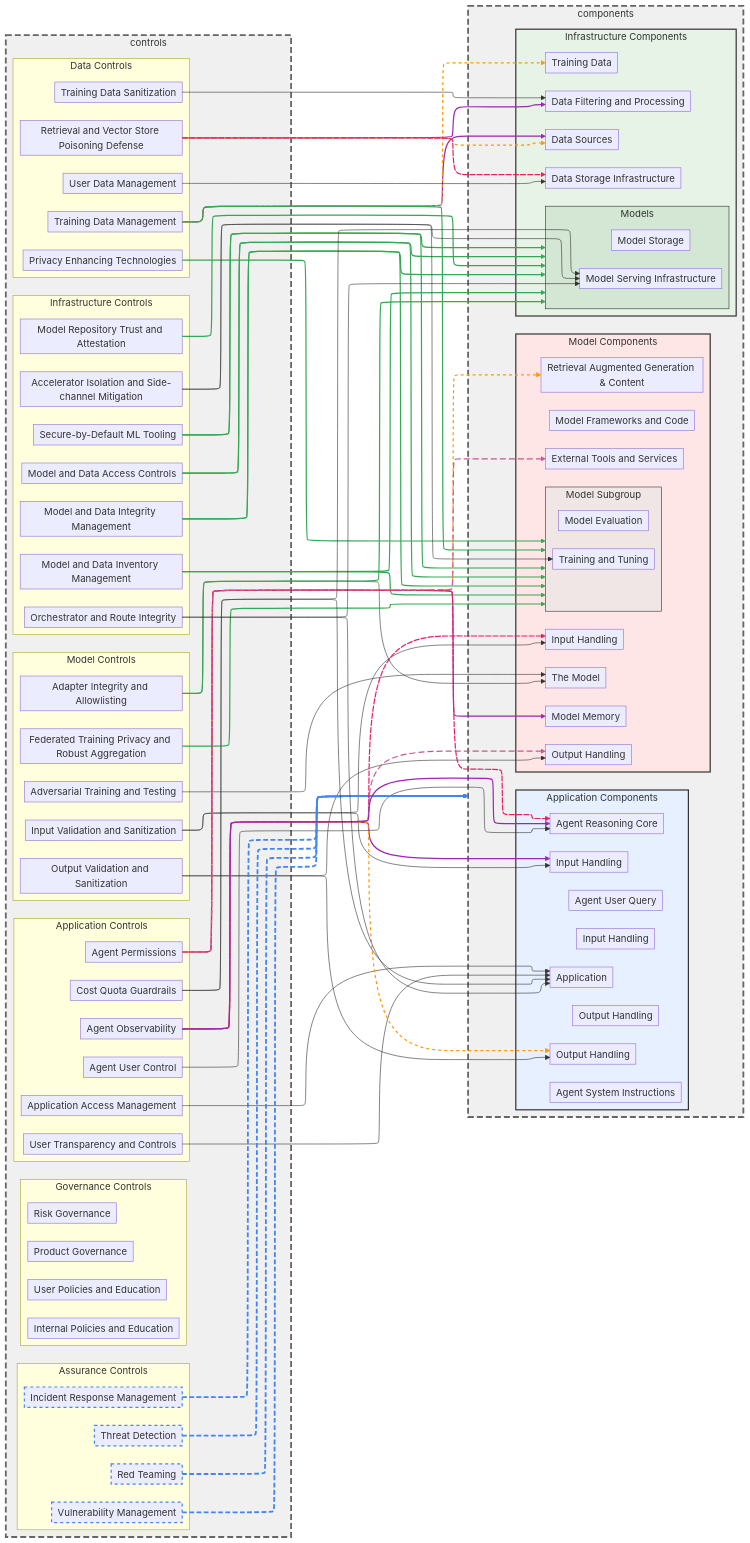
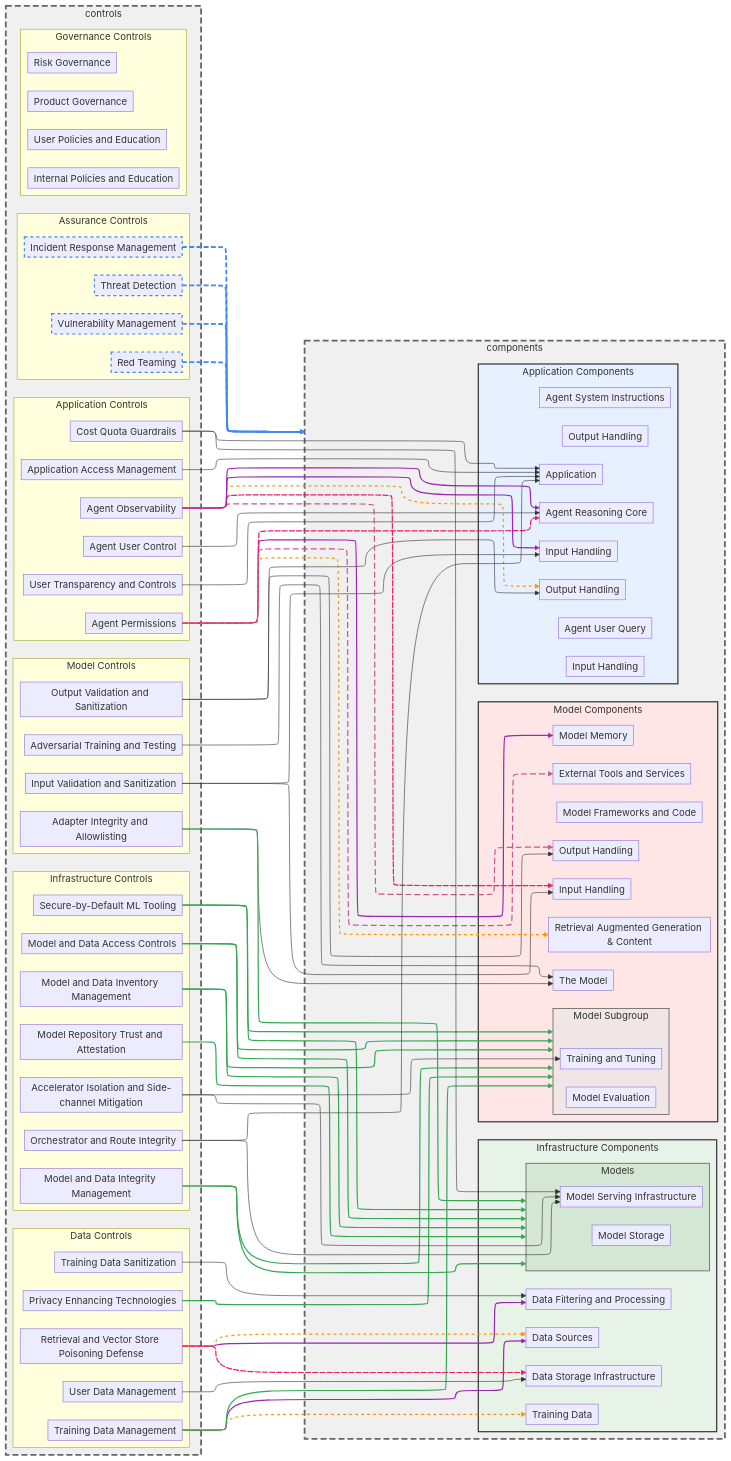
Before and after one commit to davidlabianca/secure-ai-tooling: the diagram in risk-map/diagrams/controls-graph.md, drawn with Mermaid. The commit also changed 13 other files, not shown here.

First line of the commit message:
[Controls][Revert] Revert Addition of Federated Training Privacy and Robust Aggregation Control

```diff
--- a/risk-map/diagrams/controls-graph.md
+++ b/risk-map/diagrams/controls-graph.md
@@ -34,7 +34,6 @@
     subgraph controlsModel ["Model Controls"]
         controlAdapterIntegrityAndAllowlisting[Adapter Integrity and Allowlisting]
         controlAdversarialTrainingAndTesting[Adversarial Training and Testing]
-        controlFederatedTrainingPrivacyAndRobustAggregation[Federated Training Privacy and Robust Aggregation]
         controlInputValidationAndSanitization[Input Validation and Sanitization]
         controlOutputValidationAndSanitization[Output Validation and Sanitization]
     end
@@ -147,7 +146,6 @@
     controlRetrievalAndVectorStorePoisoningDefense --> componentDataStorage
     controlAdapterIntegrityAndAllowlisting --> componentTheModel
     controlAdapterIntegrityAndAllowlisting --> componentsModels
-    controlFederatedTrainingPrivacyAndRobustAggregation --> componentsModelSubgroup
     controlOrchestratorAndRouteIntegrity --> componentApplication
     controlOrchestratorAndRouteIntegrity --> componentModelServing
     controlModelRepositoryTrustAndAttestation --> componentsModels
@@ -162,7 +160,7 @@
 
     %% Edge styling
     linkStyle 26,27,28,29 stroke:#4285f4,stroke-width:3px,stroke-dasharray: 8 4
-    linkStyle 0,3,6,7,8,9,10,11,12,13,41,42,45 stroke:#34a853,stroke-width:2px
+    linkStyle 0,3,6,7,8,9,10,11,12,13,41,44 stroke:#34a853,stroke-width:2px
     linkStyle 1,22,30,34,37 stroke:#9c27b0,stroke-width:2px
     linkStyle 2,23,31,38 stroke:#ff9800,stroke-width:2px,stroke-dasharray: 5 5
     linkStyle 24,32,39 stroke:#e91e63,stroke-width:2px,stroke-dasharray: 10 2
```
